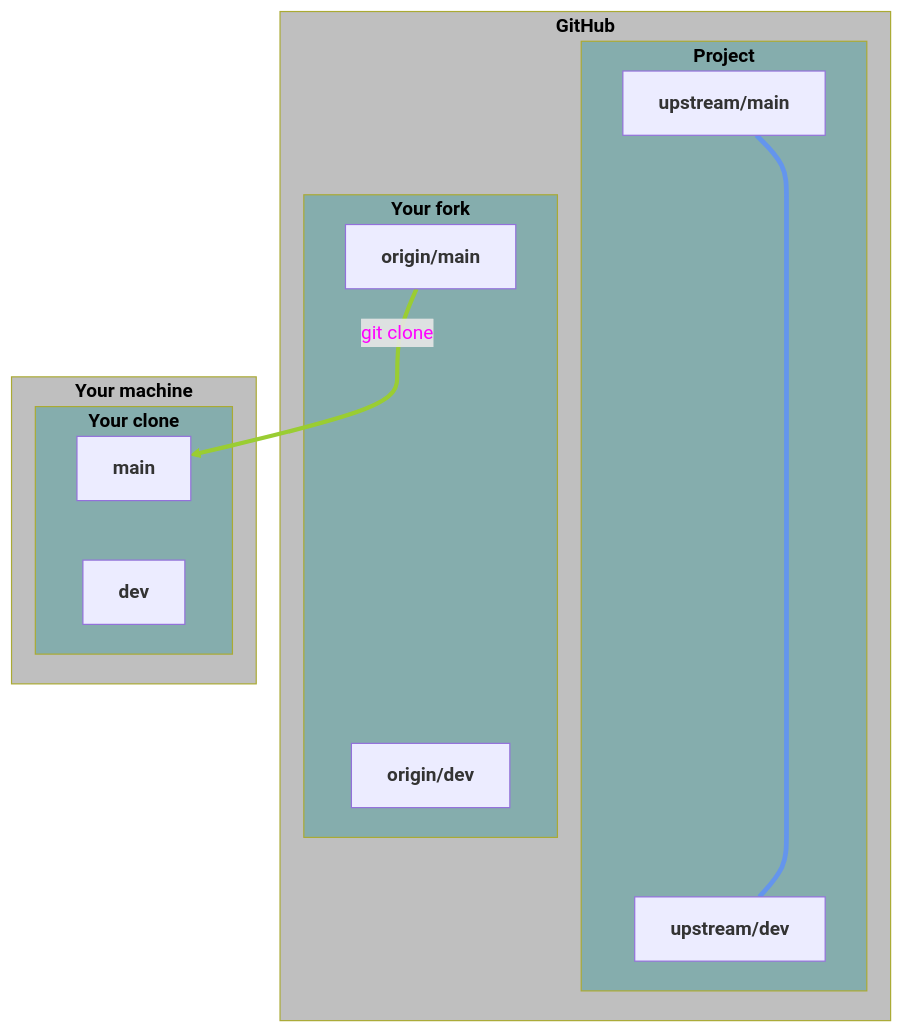
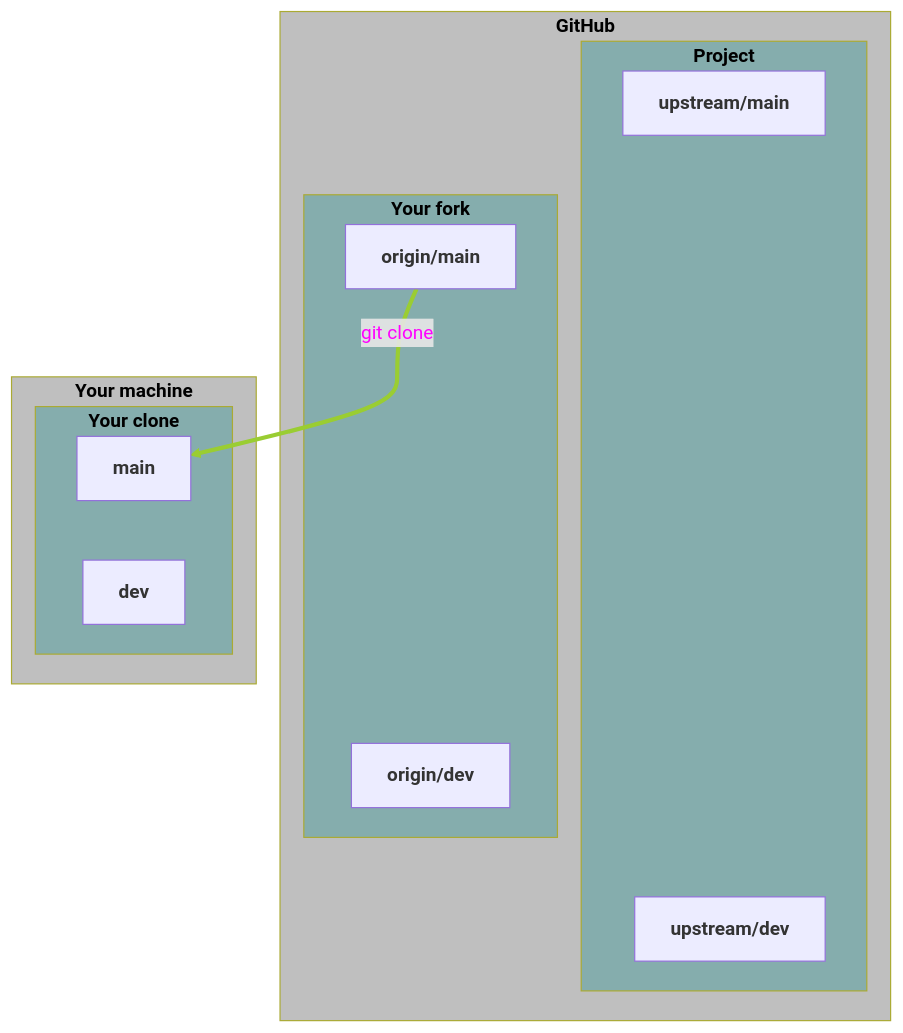
One commit to WestDRI/arc-training changed the fourth of 11 diagrams in git/col_pr.qmd. Above: the diagram before and after it, drawn with Mermaid. The commit also changed other lines of this file, not shown here.

Commit message:
revamp the pr page by integrating all the step by step diagrams to the old text

````diff
--- a/git/col_pr.qmd
+++ b/git/col_pr.qmd
@@ -188,46 +211,45 @@
 ```{mermaid}
 %%| echo: false
 flowchart TD
   subgraph gh["<b>GitHub</b>"]
     subgraph project["<b>Project</b>"]
       upstream/main["<b>upstream/main</b>"]
       upstream/dev["<b>upstream/dev</b>"]
     end
     subgraph fork["<b>Your fork</b>"]
       origin/main["<b>origin/main</b>"]
       origin/dev["<b>origin/dev</b>"]
     end
   end
   subgraph local["<b>Your machine</b>"]
     subgraph clone["<b>Your clone</b>"]
       main["<b>main</b>"]
       dev["<b>dev</b>"]
     end
   end
 
   classDef location fill:#bfbfbf, color:#000;
   class gh location;
   class local location;
   classDef repo fill:#85adad, color:#000;
   class project repo;
   class fork repo;
   class clone repo;
 
   upstream/main ~~~  origin/main
   origin/main == git clone ==> main
   upstream/main ~~~ main
   main ~~~ origin/main
   main ~~~ dev
   dev ~~~ origin/dev
   origin/dev ~~~ upstream/dev
   upstream/dev ~~~ upstream/main
 
   linkStyle 0 stroke:YellowGreen;
   linkStyle 1 stroke:YellowGreen, color:magenta;
   linkStyle 2 stroke:goldenrod, color:magenta;
   linkStyle 3 stroke:sienna, color:magenta;
   linkStyle 4 stroke:goldenrod, color:magenta;
   linkStyle 5 stroke:goldenrod, color:magenta;
   linkStyle 6 stroke:goldenrod;
-  linkStyle 7 stroke:CornflowerBlue, stroke-width:4px;
 ```
````
